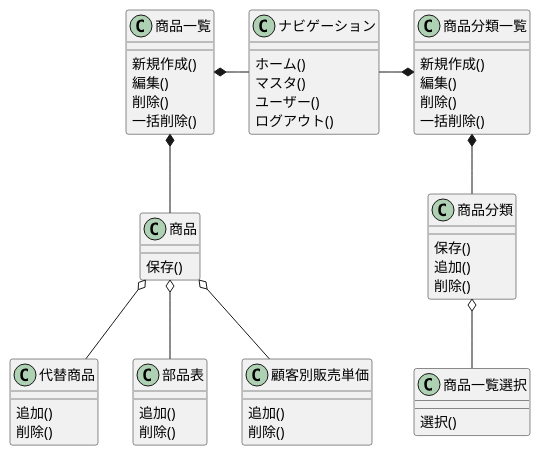
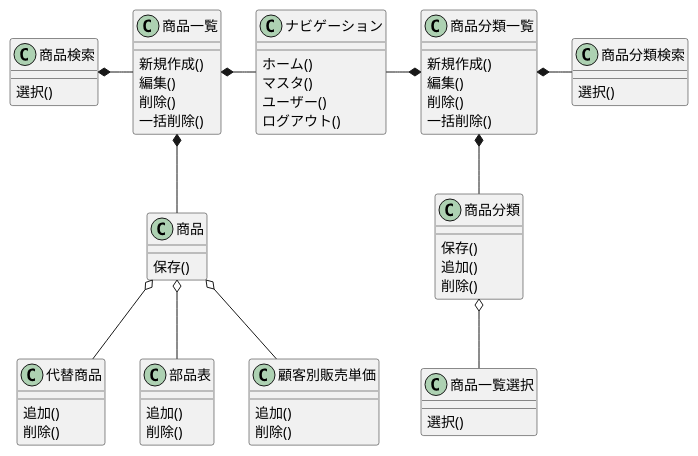
Before and after one commit to k2works/case-study-sales: diagram 26 of 35 in docs/dev.adoc, drawn with PlantUML. The commit also changed other lines of this file and 8 other files, not shown here.

```diff
--- a/docs/dev.adoc
+++ b/docs/dev.adoc
@@ -851,64 +1021,74 @@
 [plantuml]
 ----
 @startuml
   class 商品分類一覧 {
     新規作成()
     編集()
     削除()
     一括削除()
   }
 
   class 商品分類 {
     保存()
     追加()
     削除()
+  }
+
+  class 商品分類検索 {
+    選択()
   }
 
   class 商品一覧選択 {
     選択()
   }
 
   class 商品一覧 {
     新規作成()
     編集()
     削除()
     一括削除()
   }
 
   class 商品 {
     保存()
   }
 
   class 代替商品 {
     追加()
     削除()
   }
 
   class 部品表 {
     追加()
     削除()
   }
 
   class 顧客別販売単価 {
     追加()
     削除()
   }
 
+  class 商品検索 {
+    選択()
+  }
+
   class ナビゲーション {
     ホーム()
     マスタ()
     ユーザー()
     ログアウト()
   }
 
   ナビゲーション -* 商品分類一覧
   商品分類一覧 *-- 商品分類
+  商品分類一覧 *- 商品分類検索
   商品分類 o-- 商品一覧選択
   商品一覧 *- ナビゲーション
   商品一覧 *-- 商品
+  商品検索 *- 商品一覧
   商品 o-- 代替商品
   商品 o-- 部品表
   商品 o-- 顧客別販売単価
 
 @enduml
 ----
```
